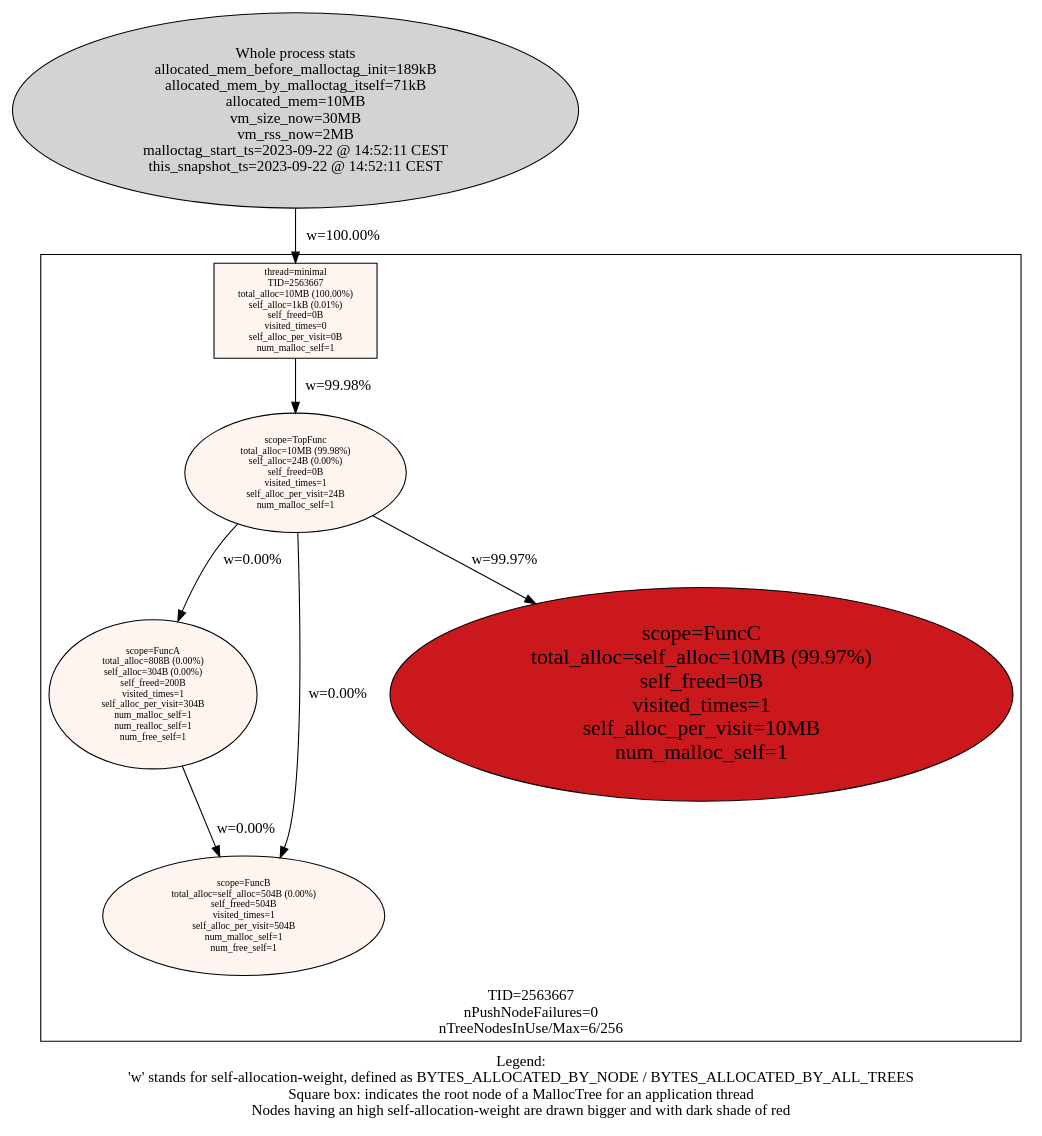
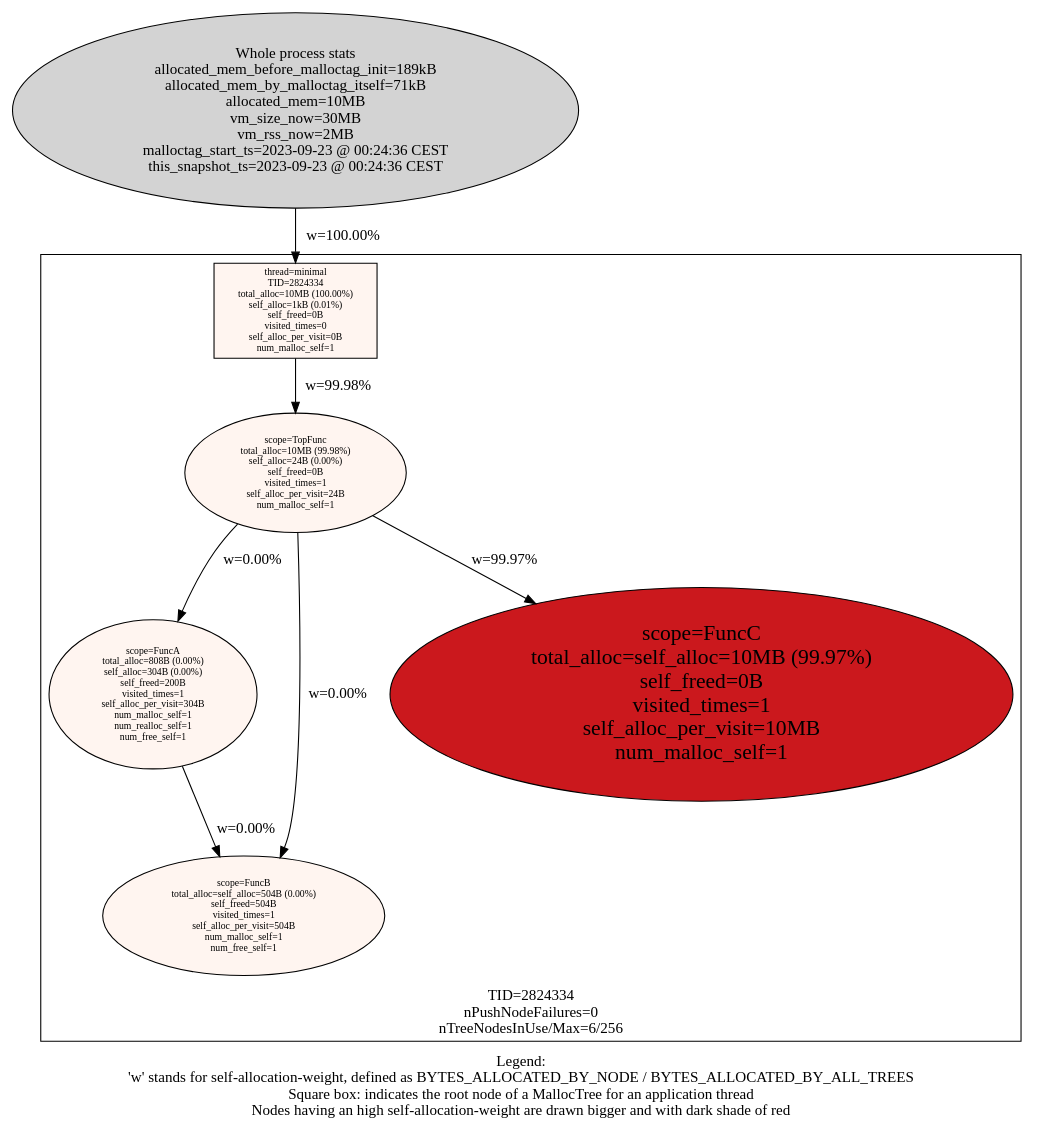
Before and after one commit to f18m/malloc-tag: the diagram in examples/minimal/minimal_stats.dot, drawn with Graphviz. The commit also changed 6 other files, not shown here.

Commit message:
Fix for assert triggered by MallocTagScope unnecessarily

```diff
--- a/examples/minimal/minimal_stats.dot
+++ b/examples/minimal/minimal_stats.dot
@@ -1,31 +1,31 @@
 digraph AllMallocTrees {
  node [colorscheme=reds9 style=filled]
-  "Process 2563667" [label="Whole process stats\nallocated_mem_before_malloctag_init=189kB\nallocated_mem_by_malloctag_itself=71kB\nallocated_mem=10MB\nvm_size_now=30MB\nvm_rss_now=2MB\nmalloctag_start_ts=2023-09-22 @ 14:52:11 CEST\nthis_snapshot_ts=2023-09-22 @ 14:52:11 CEST\n"
+  "Process 2824334" [label="Whole process stats\nallocated_mem_before_malloctag_init=189kB\nallocated_mem_by_malloctag_itself=71kB\nallocated_mem=10MB\nvm_size_now=30MB\nvm_rss_now=2MB\nmalloctag_start_ts=2023-09-23 @ 00:24:36 CEST\nthis_snapshot_ts=2023-09-23 @ 00:24:36 CEST\n"
 ]
- subgraph cluster_TID2563667 {
+ subgraph cluster_TID2824334 {
   node [colorscheme=reds9 style=filled]
   labelloc="b"
-  label="TID=2563667\nnPushNodeFailures=0\nnTreeNodesInUse/Max=6/256\n"
-  "2563667_minimal" [label="thread=minimal\nTID=2563667\ntotal_alloc=10MB (100.00%)\nself_alloc=1kB (0.01%)\nself_freed=0B\nvisited_times=0\nself_alloc_per_visit=0B\nnum_malloc_self=1\n"
+  label="TID=2824334\nnPushNodeFailures=0\nnTreeNodesInUse/Max=6/256\n"
+  "2824334_minimal" [label="thread=minimal\nTID=2824334\ntotal_alloc=10MB (100.00%)\nself_alloc=1kB (0.01%)\nself_freed=0B\nvisited_times=0\nself_alloc_per_visit=0B\nnum_malloc_self=1\n"
  shape=box fillcolor=1 fontsize=9]
-  "2563667_minimal" -> "2563667_TopFunc" [label="w=99.98%"]
-  "2563667_TopFunc" [label="scope=TopFunc\ntotal_alloc=10MB (99.98%)\nself_alloc=24B (0.00%)\nself_freed=0B\nvisited_times=1\nself_alloc_per_visit=24B\nnum_malloc_self=1\n"
+  "2824334_minimal" -> "2824334_TopFunc" [label="w=99.98%"]
+  "2824334_TopFunc" [label="scope=TopFunc\ntotal_alloc=10MB (99.98%)\nself_alloc=24B (0.00%)\nself_freed=0B\nvisited_times=1\nself_alloc_per_visit=24B\nnum_malloc_self=1\n"
  fillcolor=1 fontsize=9]
-  "2563667_TopFunc" -> "2563667_FuncA" [label="w=0.00%"]
-  "2563667_TopFunc" -> "2563667_FuncB" [label="w=0.00%"]
-  "2563667_TopFunc" -> "2563667_FuncC" [label="w=99.97%"]
-  "2563667_FuncA" [label="scope=FuncA\ntotal_alloc=808B (0.00%)\nself_alloc=304B (0.00%)\nself_freed=200B\nvisited_times=1\nself_alloc_per_visit=304B\nnum_malloc_self=1\nnum_realloc_self=1\nnum_free_self=1\n"
+  "2824334_TopFunc" -> "2824334_FuncA" [label="w=0.00%"]
+  "2824334_TopFunc" -> "2824334_FuncB" [label="w=0.00%"]
+  "2824334_TopFunc" -> "2824334_FuncC" [label="w=99.97%"]
+  "2824334_FuncA" [label="scope=FuncA\ntotal_alloc=808B (0.00%)\nself_alloc=304B (0.00%)\nself_freed=200B\nvisited_times=1\nself_alloc_per_visit=304B\nnum_malloc_self=1\nnum_realloc_self=1\nnum_free_self=1\n"
  fillcolor=1 fontsize=9]
-  "2563667_FuncA" -> "2563667_FuncB" [label="w=0.00%"]
-  "2563667_FuncB" [label="scope=FuncB\ntotal_alloc=self_alloc=504B (0.00%)\nself_freed=504B\nvisited_times=1\nself_alloc_per_visit=504B\nnum_malloc_self=1\nnum_free_self=1\n"
+  "2824334_FuncA" -> "2824334_FuncB" [label="w=0.00%"]
+  "2824334_FuncB" [label="scope=FuncB\ntotal_alloc=self_alloc=504B (0.00%)\nself_freed=504B\nvisited_times=1\nself_alloc_per_visit=504B\nnum_malloc_self=1\nnum_free_self=1\n"
  fillcolor=1 fontsize=9]
-  "2563667_FuncB" [label="scope=FuncB\ntotal_alloc=self_alloc=504B (0.00%)\nself_freed=504B\nvisited_times=1\nself_alloc_per_visit=504B\nnum_malloc_self=1\nnum_free_self=1\n"
+  "2824334_FuncB" [label="scope=FuncB\ntotal_alloc=self_alloc=504B (0.00%)\nself_freed=504B\nvisited_times=1\nself_alloc_per_visit=504B\nnum_malloc_self=1\nnum_free_self=1\n"
  fillcolor=1 fontsize=9]
-  "2563667_FuncC" [label="scope=FuncC\ntotal_alloc=self_alloc=10MB (99.97%)\nself_freed=0B\nvisited_times=1\nself_alloc_per_visit=10MB\nnum_malloc_self=1\n"
+  "2824334_FuncC" [label="scope=FuncC\ntotal_alloc=self_alloc=10MB (99.97%)\nself_freed=0B\nvisited_times=1\nself_alloc_per_visit=10MB\nnum_malloc_self=1\n"
  fillcolor=7 fontsize=20]
  }
 
-  "Process 2563667" -> "2563667_minimal" [label="w=100.00%"]
+  "Process 2824334" -> "2824334_minimal" [label="w=100.00%"]
  labelloc="b"
  label="Legend:\n'w' stands for self-allocation-weight, defined as BYTES_ALLOCATED_BY_NODE / BYTES_ALLOCATED_BY_ALL_TREES\nSquare box: indicates the root node of a MallocTree for an application thread\nNodes having an high self-allocation-weight are drawn bigger and with dark shade of red\n"
 }
```
